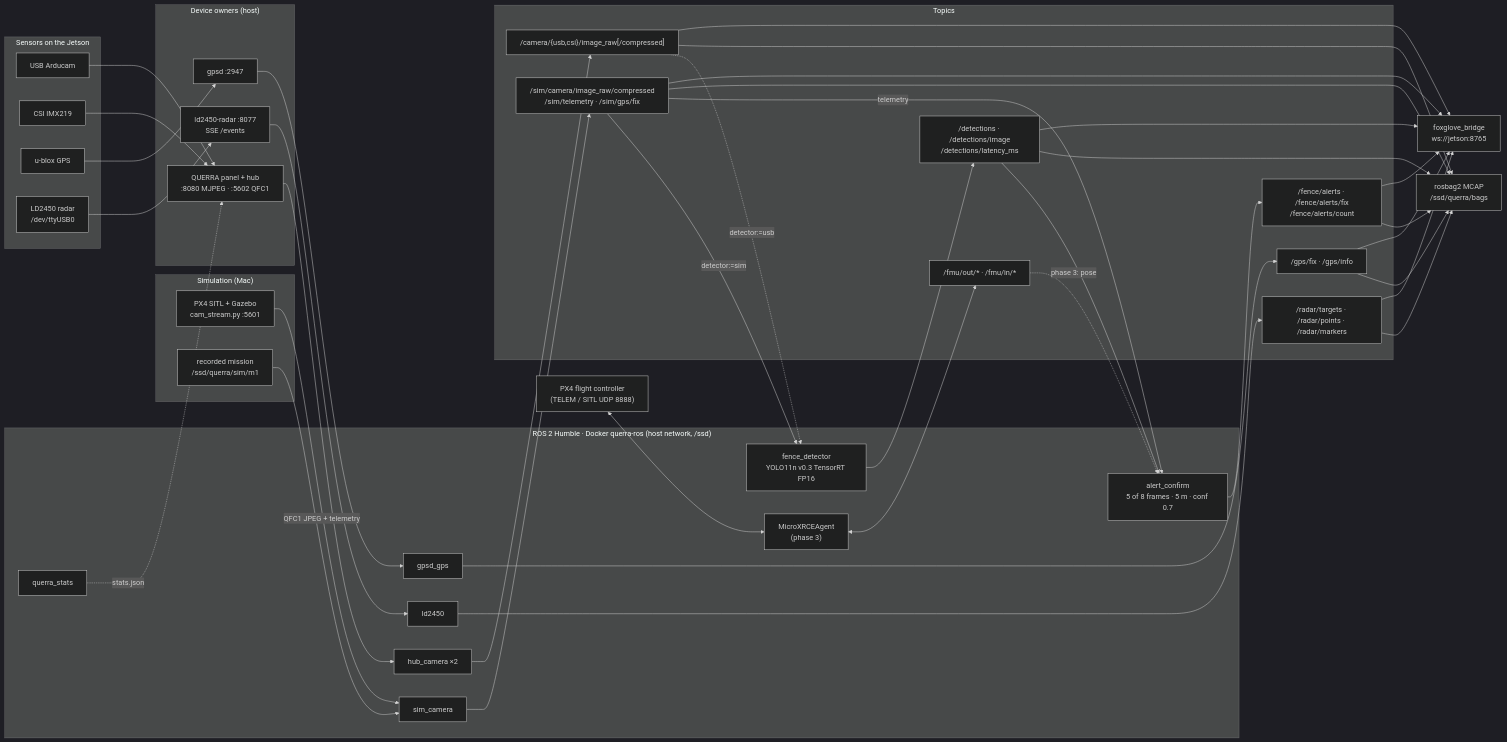
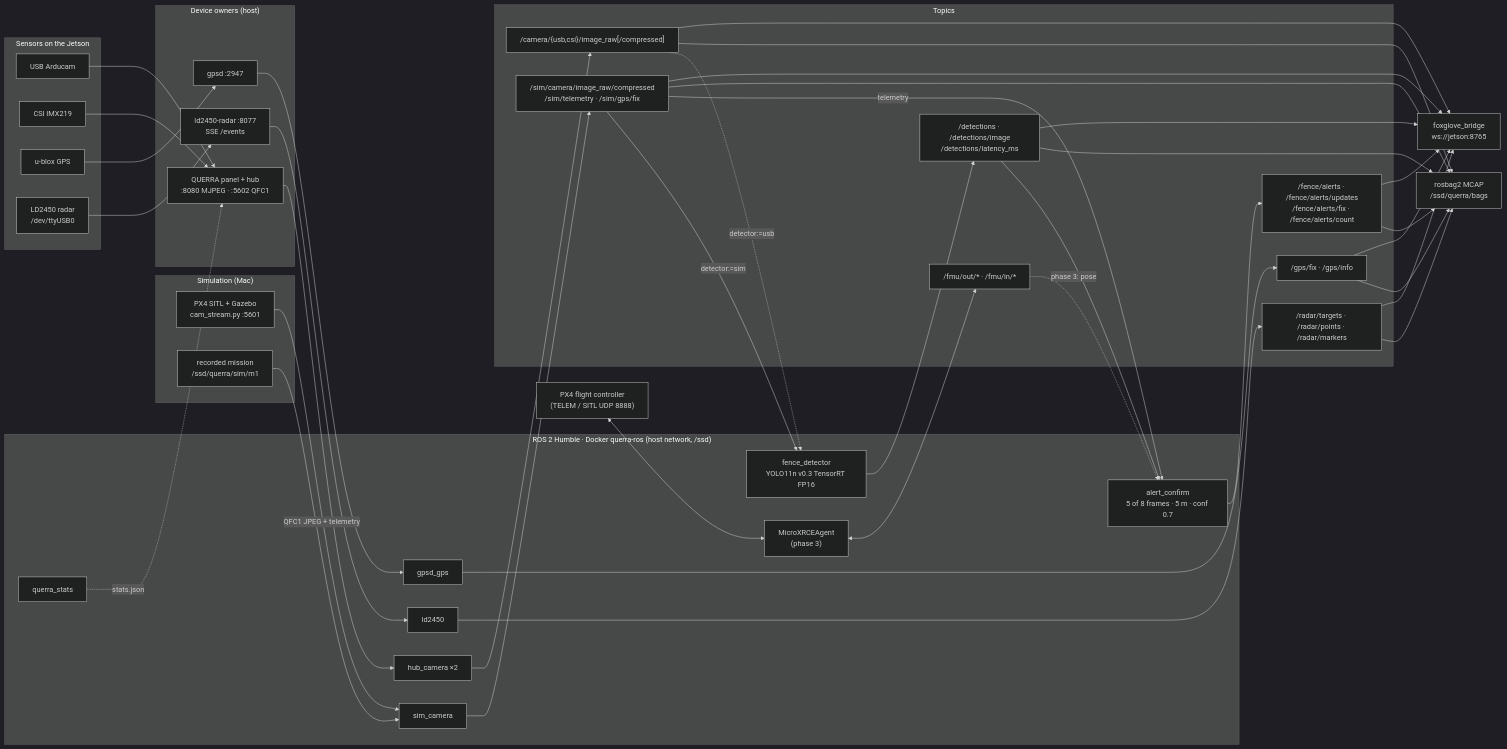
One commit to CosminBMemetea/querra-fence changed the first of 2 diagrams in README.md. Above: the diagram before and after it, drawn with Mermaid (dark theme). The commit also changed other lines of this file and 33 other files, not shown here.

````diff
--- a/README.md
+++ b/README.md
@@ -46,57 +51,57 @@
 ```mermaid
 flowchart LR
   subgraph HW["Sensors on the Jetson"]
     USB["USB Arducam"]
     CSI["CSI IMX219"]
     GNSS["u-blox GPS"]
     LD["LD2450 radar<br/>/dev/ttyUSB0"]
   end
   subgraph SIM["Simulation (Mac)"]
     GZ["PX4 SITL + Gazebo<br/>cam_stream.py :5601"]
     REC["recorded mission<br/>/ssd/querra/sim/m1"]
   end
   subgraph OWN["Device owners (host)"]
     HUB["QUERRA panel + hub<br/>:8080 MJPEG · :5602 QFC1"]
     GPSD["gpsd :2947"]
     RAD["ld2450-radar :8077<br/>SSE /events"]
   end
   subgraph ROS["ROS 2 Humble · Docker querra-ros (host network, /ssd)"]
     CAM["hub_camera ×2"]
     GPSN["gpsd_gps"]
     LDN["ld2450"]
     SIMC["sim_camera"]
     DET["fence_detector<br/>YOLO11n v0.3 TensorRT FP16"]
     CONF["alert_confirm<br/>5 of 8 frames · 5 m · conf 0.7"]
     ST["querra_stats"]
     XRCE["MicroXRCEAgent<br/>(phase 3)"]
   end
   subgraph TOP["Topics"]
     T1["/camera/{usb,csi}/image_raw[/compressed]"]
     T2["/gps/fix · /gps/info"]
     T3["/radar/targets · /radar/points · /radar/markers"]
     TS["/sim/camera/image_raw/compressed<br/>/sim/telemetry · /sim/gps/fix"]
     T4["/detections · /detections/image<br/>/detections/latency_ms"]
-    T5["/fence/alerts · /fence/alerts/fix<br/>/fence/alerts/count"]
+    T5["/fence/alerts · /fence/alerts/updates<br/>/fence/alerts/fix · /fence/alerts/count"]
     T6["/fmu/out/* · /fmu/in/*"]
   end
   USB --> HUB
   CSI --> HUB
   GNSS --> GPSD
   LD --> RAD
   HUB --> CAM --> T1
   GPSD --> GPSN --> T2
   RAD --> LDN --> T3
   GZ -- "QFC1 JPEG + telemetry" --> SIMC
   REC --> SIMC
   SIMC --> TS
   TS -- "detector:=sim" --> DET
   T1 -. "detector:=usb" .-> DET
   DET --> T4 --> CONF
   TS -- "telemetry" --> CONF
   CONF --> T5
   PX4["PX4 flight controller<br/>(TELEM / SITL UDP 8888)"] <--> XRCE <--> T6
   T6 -. "phase 3: pose" .-> CONF
   T1 & T2 & T3 & TS & T4 & T5 --> BAG["rosbag2 MCAP<br/>/ssd/querra/bags"]
   T1 & T2 & T3 & TS & T4 & T5 --> FOX["foxglove_bridge<br/>ws://jetson:8765"]
   ST -. "stats.json" .-> HUB
 ```
````
